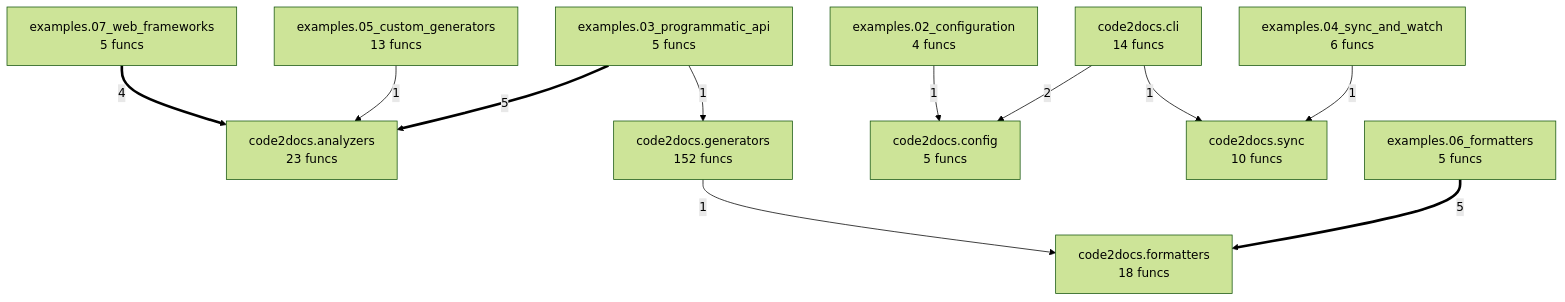
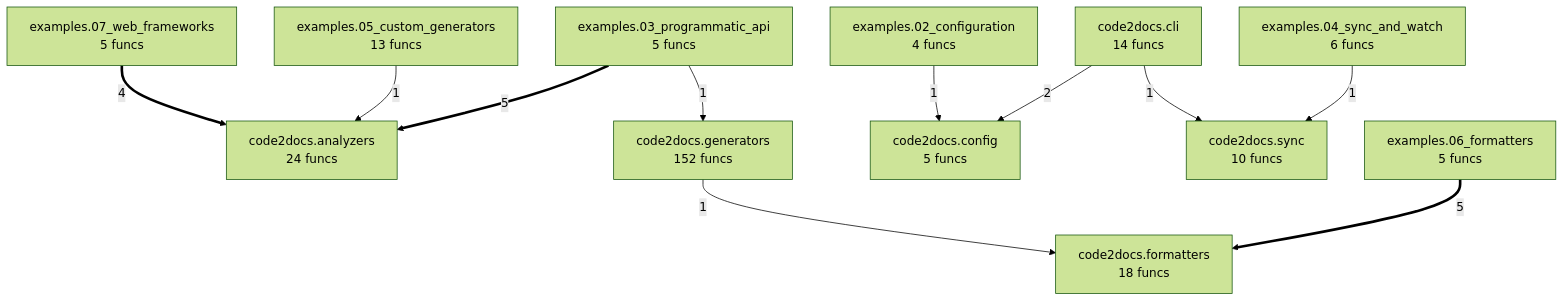
One commit to wronai/code2docs changed the diagram in project/compact_flow.mmd. Above: the diagram before and after it, drawn with Mermaid (forest theme). The commit also changed 23 other files, not shown here.

```diff
--- a/project/compact_flow.mmd
+++ b/project/compact_flow.mmd
@@ -1,23 +1,23 @@
 flowchart TD
-    code2docs_analyzers["code2docs.analyzers<br/>23 funcs"]
+    code2docs_analyzers["code2docs.analyzers<br/>24 funcs"]
     code2docs_cli["code2docs.cli<br/>14 funcs"]
     code2docs_config["code2docs.config<br/>5 funcs"]
     code2docs_formatters["code2docs.formatters<br/>18 funcs"]
     code2docs_generators["code2docs.generators<br/>152 funcs"]
     code2docs_sync["code2docs.sync<br/>10 funcs"]
     examples_02_configuration["examples.02_configuration<br/>4 funcs"]
     examples_03_programmatic_api["examples.03_programmatic_api<br/>5 funcs"]
     examples_04_sync_and_watch["examples.04_sync_and_watch<br/>6 funcs"]
     examples_05_custom_generators["examples.05_custom_generators<br/>13 funcs"]
     examples_06_formatters["examples.06_formatters<br/>5 funcs"]
     examples_07_web_frameworks["examples.07_web_frameworks<br/>5 funcs"]
     examples_06_formatters ==>|5| code2docs_formatters
     examples_03_programmatic_api ==>|5| code2docs_analyzers
     examples_07_web_frameworks ==>|4| code2docs_analyzers
     code2docs_cli -->|2| code2docs_config
     examples_04_sync_and_watch -->|1| code2docs_sync
     examples_05_custom_generators -->|1| code2docs_analyzers
     examples_03_programmatic_api -->|1| code2docs_generators
     examples_02_configuration -->|1| code2docs_config
     code2docs_generators -->|1| code2docs_formatters
     code2docs_cli -->|1| code2docs_sync
```
